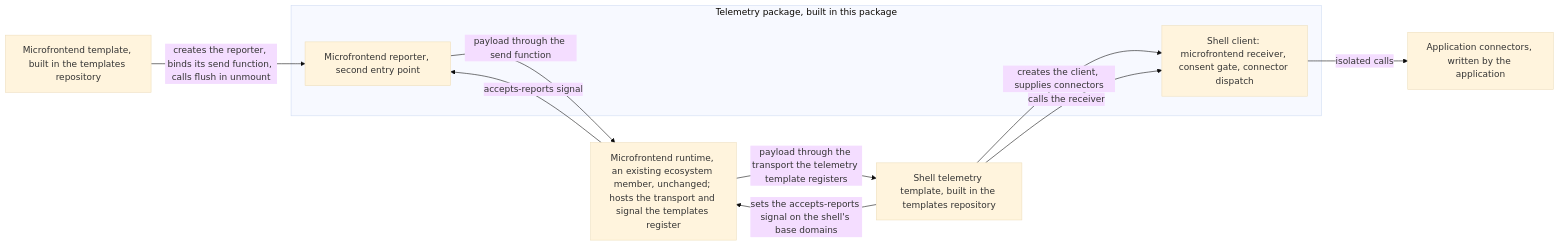
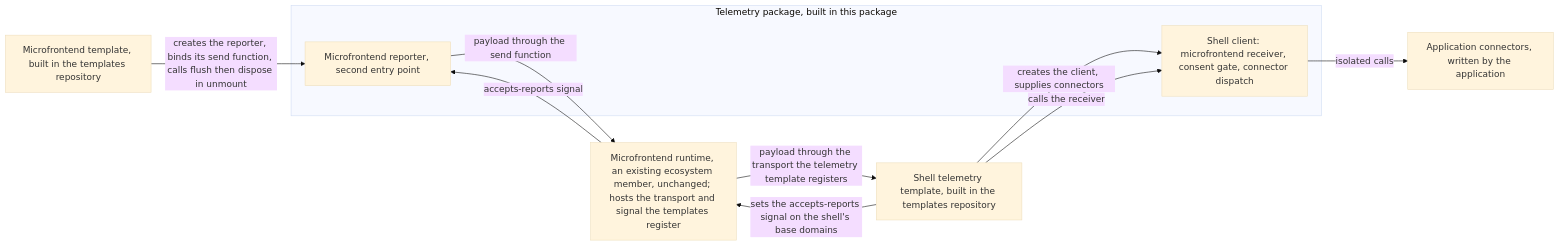
Before and after one commit to tscbmstubp/gears-frontx: the eighth of 8 diagrams in packages/telemetry/architecture/DESIGN.md, drawn with Mermaid (base theme). The commit also changed other lines of this file, not shown here.

````diff
--- a/packages/telemetry/architecture/DESIGN.md
+++ b/packages/telemetry/architecture/DESIGN.md
@@ -1155,19 +1188,19 @@
 ```mermaid
 graph LR
     subgraph Pkg["Telemetry package, built in this package"]
         Client["Shell client: microfrontend receiver, consent gate, connector dispatch"]
         Reporter["Microfrontend reporter, second entry point"]
     end
     ShellT["Shell telemetry template, built in the templates repository"]
     MfeT["Microfrontend template, built in the templates repository"]
     Runtime["Microfrontend runtime, an existing ecosystem member, unchanged; hosts the transport and signal the templates register"]
     Conn["Application connectors, written by the application"]
     ShellT -->|creates the client, supplies connectors| Client
     ShellT -->|sets the accepts-reports signal on the shell's base domains| Runtime
-    MfeT -->|creates the reporter, binds its send function, calls flush in unmount| Reporter
+    MfeT -->|creates the reporter, binds its send function, calls flush then dispose in unmount| Reporter
     Runtime -->|accepts-reports signal| Reporter
     Reporter -->|payload through the send function| Runtime
     Runtime -->|payload through the transport the telemetry template registers| ShellT
     ShellT -->|calls the receiver| Client
     Client -->|isolated calls| Conn
 ```
````
